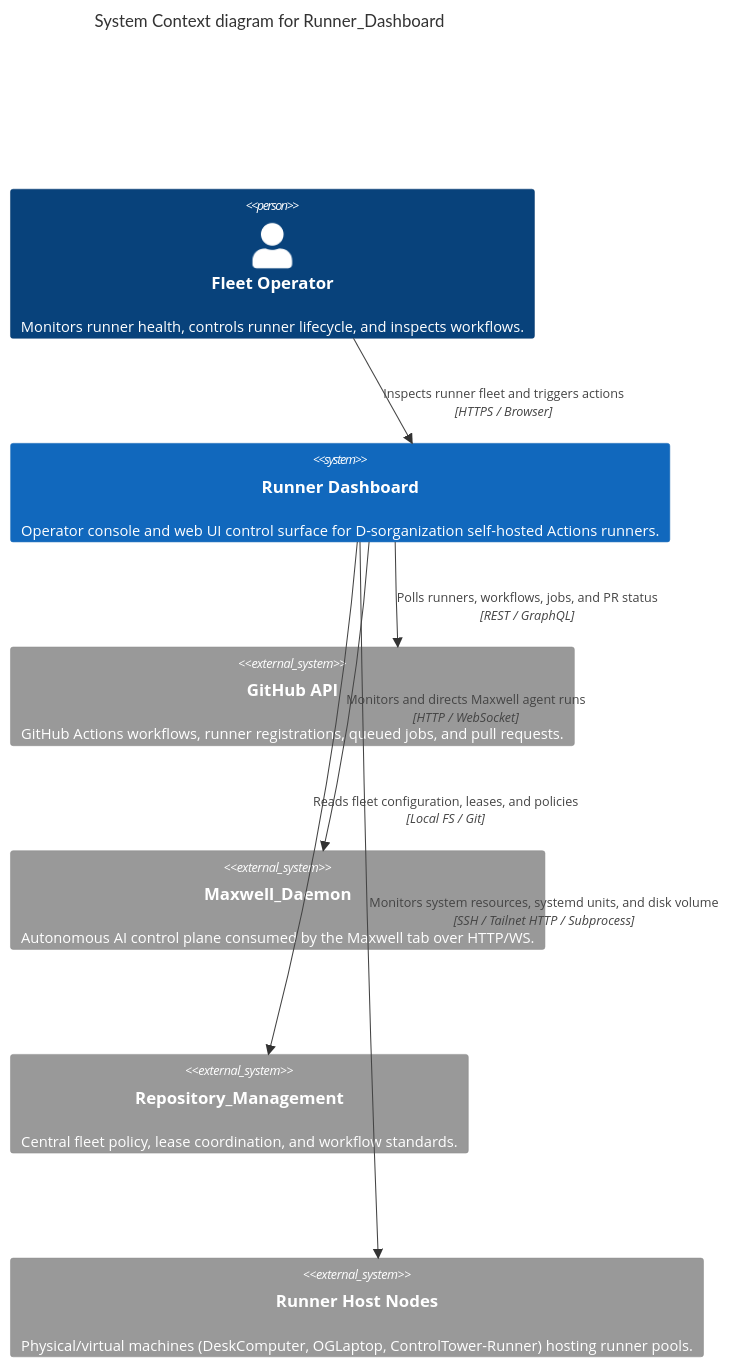
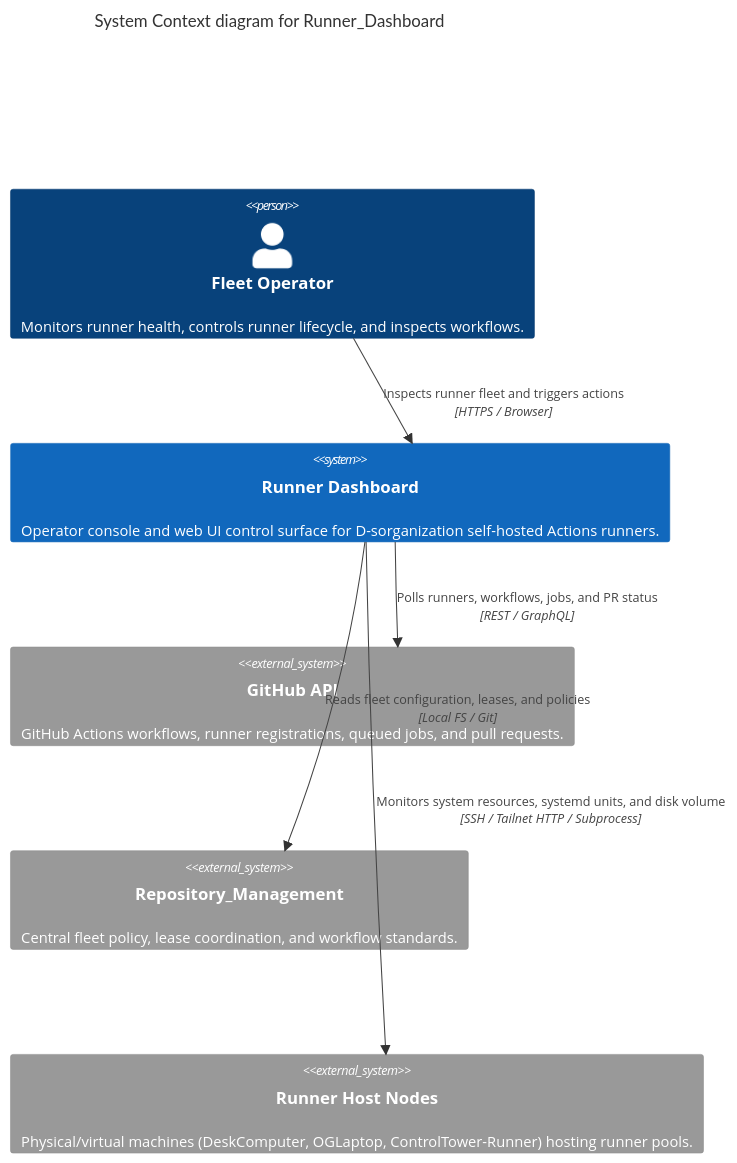
Before and after one commit to D-sorganization/Runner_Dashboard: the first of 2 diagrams in docs/architecture/C4.md, drawn with Mermaid. The commit also changed other lines of this file and 28 other files, not shown here.

````diff
--- a/docs/architecture/C4.md
+++ b/docs/architecture/C4.md
@@ -7,17 +7,15 @@
 ```mermaid
 C4Context
     title System Context diagram for Runner_Dashboard
 
     Person(operator, "Fleet Operator", "Monitors runner health, controls runner lifecycle, and inspects workflows.")
     System(runner_dashboard, "Runner Dashboard", "Operator console and web UI control surface for D-sorganization self-hosted Actions runners.")
     System_Ext(github_api, "GitHub API", "GitHub Actions workflows, runner registrations, queued jobs, and pull requests.")
-    System_Ext(maxwell_daemon, "Maxwell_Daemon", "Autonomous AI control plane consumed by the Maxwell tab over HTTP/WS.")
     System_Ext(repo_mgmt, "Repository_Management", "Central fleet policy, lease coordination, and workflow standards.")
     System_Ext(runner_hosts, "Runner Host Nodes", "Physical/virtual machines (DeskComputer, OGLaptop, ControlTower-Runner) hosting runner pools.")
 
     Rel(operator, runner_dashboard, "Inspects runner fleet and triggers actions", "HTTPS / Browser")
     Rel(runner_dashboard, github_api, "Polls runners, workflows, jobs, and PR status", "REST / GraphQL")
-    Rel(runner_dashboard, maxwell_daemon, "Monitors and directs Maxwell agent runs", "HTTP / WebSocket")
     Rel(runner_dashboard, repo_mgmt, "Reads fleet configuration, leases, and policies", "Local FS / Git")
     Rel(runner_dashboard, runner_hosts, "Monitors system resources, systemd units, and disk volume", "SSH / Tailnet HTTP / Subprocess")
 ```
````
